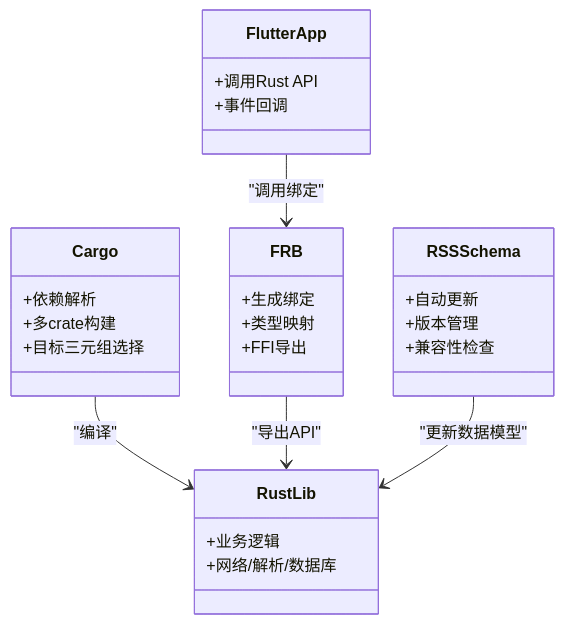
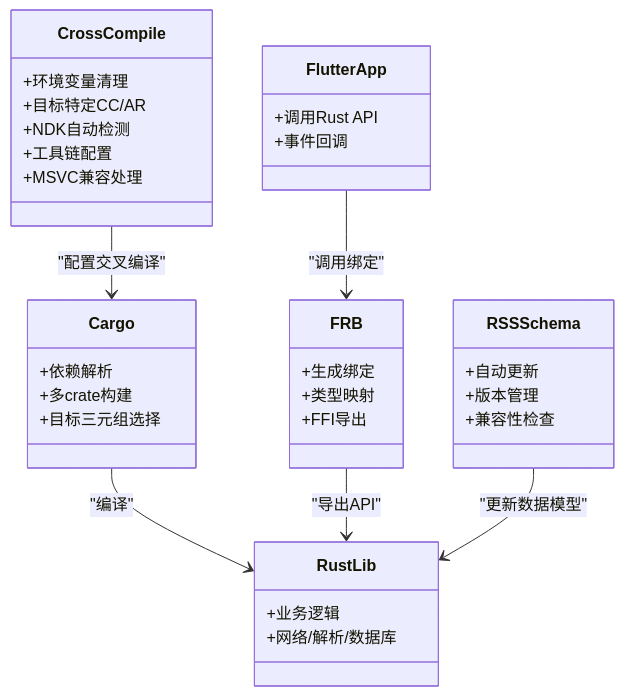
The fifth of 16 diagrams in .qoder/repowiki/zh/content/构建和部署/构建和部署.md (ZhangGHGitHub/LegadoTeamFlutter), drawn with Mermaid before and after one commit. The commit also changed other lines of this file and 173 other files, not shown here.

````diff
--- a/.qoder/repowiki/zh/content/构建和部署/构建和部署.md
+++ b/.qoder/repowiki/zh/content/构建和部署/构建和部署.md
@@ -304,30 +403,38 @@
 ```mermaid
 classDiagram
 class Cargo {
 +依赖解析
 +多crate构建
 +目标三元组选择
 }
 class FRB {
 +生成绑定
 +类型映射
 +FFI导出
 }
 class RustLib {
 +业务逻辑
 +网络/解析/数据库
 }
 class FlutterApp {
 +调用Rust API
 +事件回调
 }
 class RSSSchema {
 +自动更新
 +版本管理
 +兼容性检查
 }
+class CrossCompile {
++环境变量清理
++目标特定CC/AR
++NDK自动检测
++工具链配置
++MSVC兼容处理
+}
 Cargo --> RustLib : "编译"
 FRB --> RustLib : "导出API"
 FlutterApp --> FRB : "调用绑定"
 RSSSchema --> RustLib : "更新数据模型"
+CrossCompile --> Cargo : "配置交叉编译"
 ```
````
